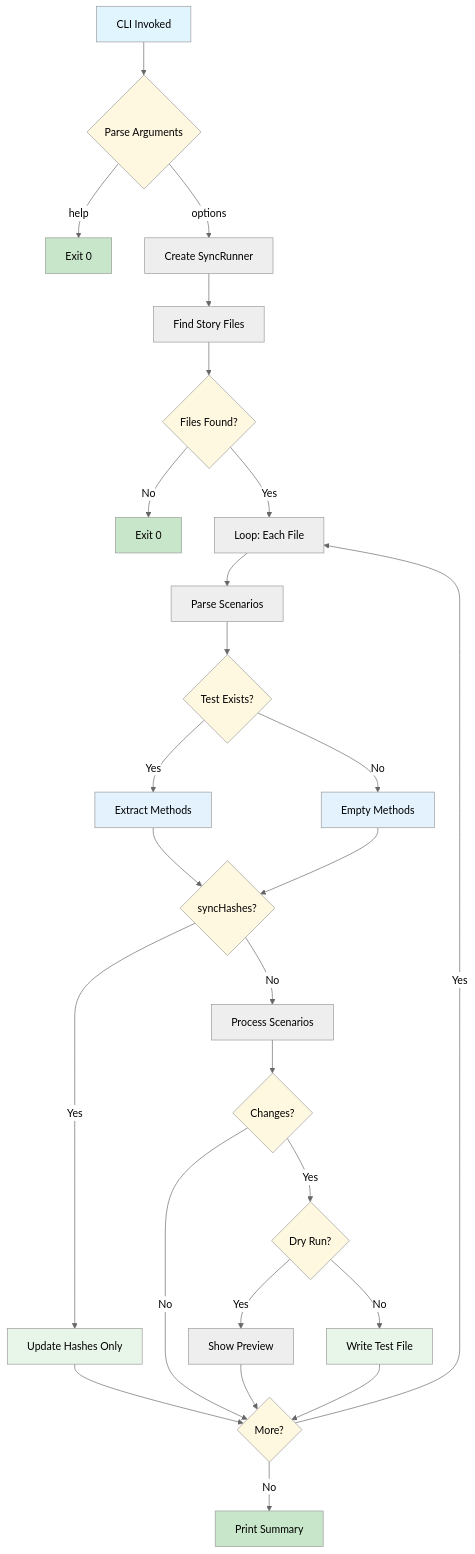
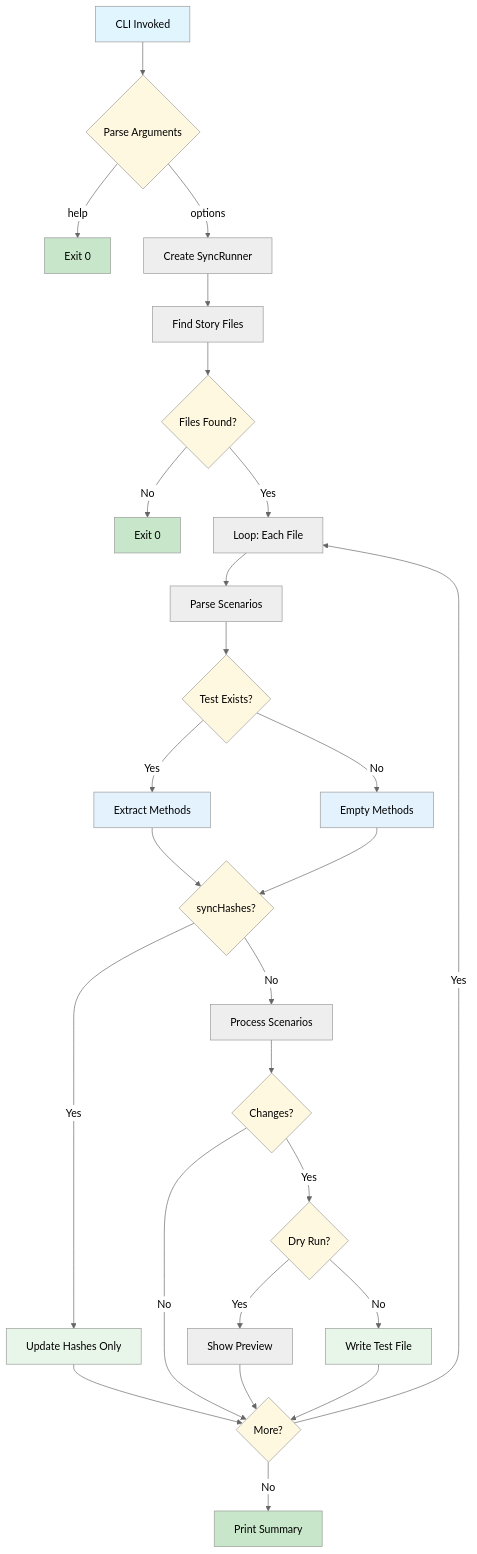
One commit to renedekat/verteller changed the diagram in README.md. Above: the diagram before and after it, drawn with Mermaid. The commit also changed 2 other files, not shown here.

Commit message:
docs: use nbsp for edge label padding

````diff
--- a/README.md
+++ b/README.md
@@ -195,51 +195,51 @@
 ```mermaid
 %%{init: {'theme': 'neutral'}}%%
 flowchart TD
     A[CLI Invoked] --> B{Parse Arguments}
-    B -->| help | C[Exit 0]
-    B -->| options | D[Create SyncRunner]
+    B -->|&nbsp;help&nbsp;| C[Exit 0]
+    B -->|&nbsp;options&nbsp;| D[Create SyncRunner]
 
     D --> E[Find Story Files]
     E --> F{Files Found?}
-    F -->| No | G[Exit 0]
-    F -->| Yes | H[Loop: Each File]
+    F -->|&nbsp;No&nbsp;| G[Exit 0]
+    F -->|&nbsp;Yes&nbsp;| H[Loop: Each File]
 
     H --> I[Parse Scenarios]
     I --> J{Test Exists?}
-    J -->| Yes | K[Extract Methods]
-    J -->| No | L[Empty Methods]
+    J -->|&nbsp;Yes&nbsp;| K[Extract Methods]
+    J -->|&nbsp;No&nbsp;| L[Empty Methods]
 
     K --> M{syncHashes?}
     L --> M
 
-    M -->| Yes | N[Update Hashes Only]
+    M -->|&nbsp;Yes&nbsp;| N[Update Hashes Only]
     N --> NEXT
 
-    M -->| No | O[Process Scenarios]
+    M -->|&nbsp;No&nbsp;| O[Process Scenarios]
     O --> P{Changes?}
-    P -->| No | NEXT
-    P -->| Yes | Q{Dry Run?}
-    Q -->| Yes | R[Show Preview]
-    Q -->| No | S[Write Test File]
+    P -->|&nbsp;No&nbsp;| NEXT
+    P -->|&nbsp;Yes&nbsp;| Q{Dry Run?}
+    Q -->|&nbsp;Yes&nbsp;| R[Show Preview]
+    Q -->|&nbsp;No&nbsp;| S[Write Test File]
 
     R --> NEXT
     S --> NEXT
-    NEXT{More?} -->| Yes | H
-    NEXT -->| No | T[Print Summary]
+    NEXT{More?} -->|&nbsp;Yes&nbsp;| H
+    NEXT -->|&nbsp;No&nbsp;| T[Print Summary]
 
     style A fill:#e1f5fe
     style C fill:#c8e6c9
     style G fill:#c8e6c9
     style T fill:#c8e6c9
     style B fill:#fff8e1
     style F fill:#fff8e1
     style J fill:#fff8e1
     style M fill:#fff8e1
     style P fill:#fff8e1
     style Q fill:#fff8e1
     style NEXT fill:#fff8e1
     style S fill:#e8f5e9
     style N fill:#e8f5e9
     style K fill:#e3f2fd
     style L fill:#e3f2fd
 ```
````
